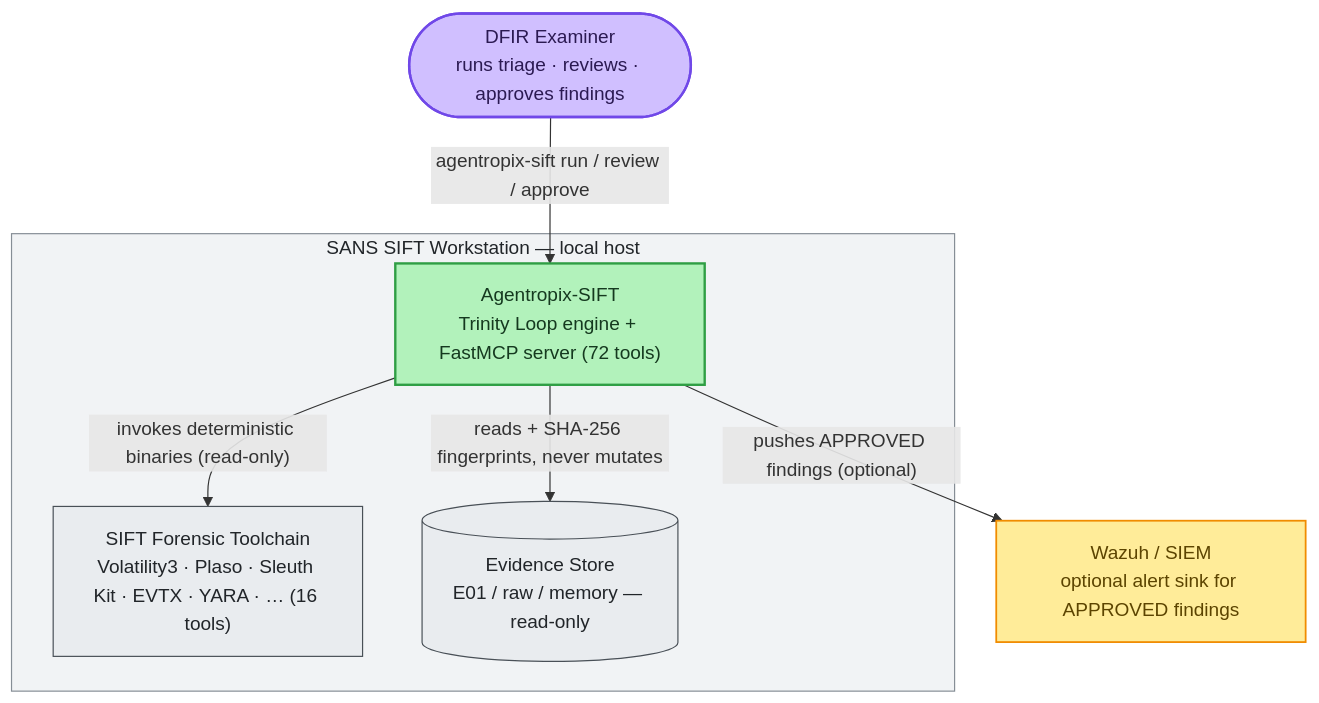
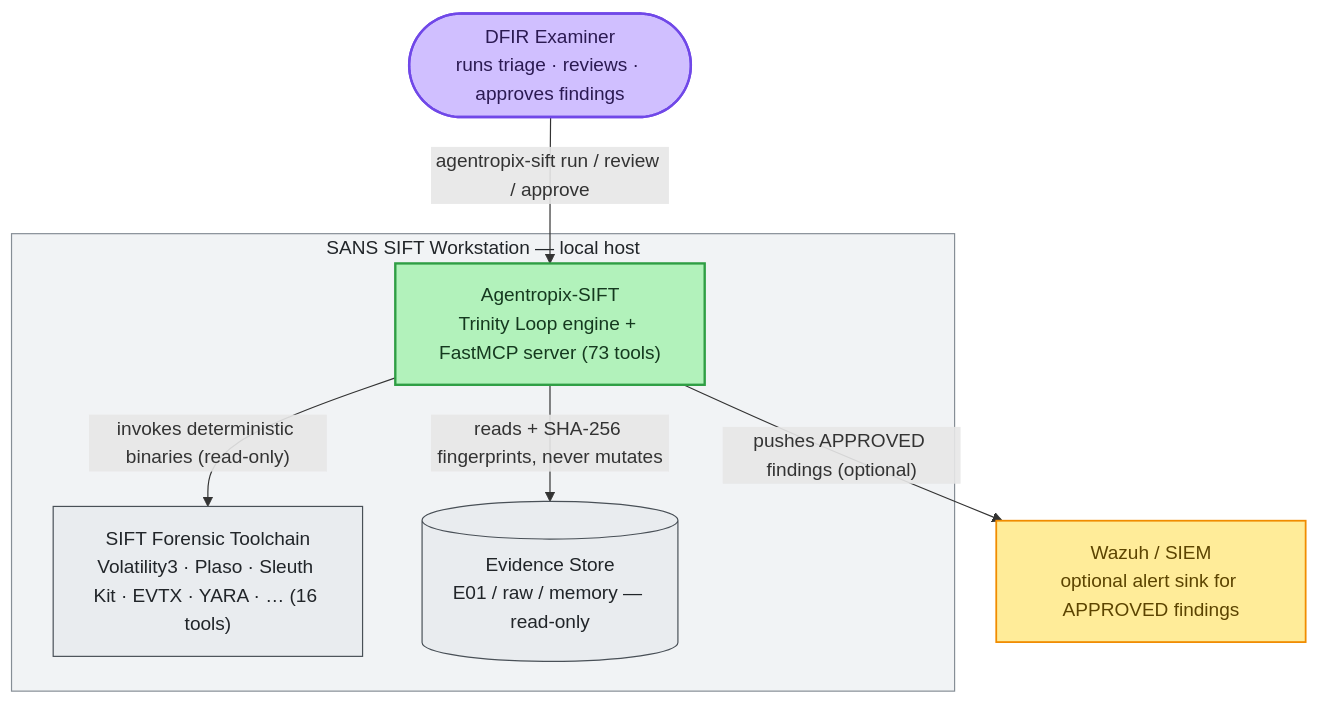
The second of 2 diagrams in README.md (galvangabriel-web/agentropix-mcp), drawn with Mermaid before and after one commit. The commit also changed other lines of this file and 80 other files, not shown here.

````diff
--- a/README.md
+++ b/README.md
@@ -366,24 +366,24 @@
 ```mermaid
 flowchart TB
     classDef actor fill:#d0bfff,stroke:#7048e8,color:#2b1a52,stroke-width:2px
     classDef core fill:#b2f2bb,stroke:#2f9e44,color:#15391f,stroke-width:2px
     classDef ext fill:#e9ecef,stroke:#495057,color:#212529,stroke-width:1px
     classDef sink fill:#ffec99,stroke:#f08c00,color:#5c4400,stroke-width:1.5px
 
     Examiner(["DFIR Examiner<br/>runs triage · reviews · approves findings"]):::actor
 
     subgraph Host["SANS SIFT Workstation — local host"]
-        Agentropix["Agentropix-SIFT<br/>Trinity Loop engine + FastMCP server (72 tools)"]:::core
+        Agentropix["Agentropix-SIFT<br/>Trinity Loop engine + FastMCP server (73 tools)"]:::core
         Toolchain["SIFT Forensic Toolchain<br/>Volatility3 · Plaso · Sleuth Kit · EVTX · YARA · … (16 tools)"]:::ext
         Evidence[("Evidence Store<br/>E01 / raw / memory — read-only")]:::ext
     end
 
     Wazuh["Wazuh / SIEM<br/>optional alert sink for APPROVED findings"]:::sink
 
     Examiner -->|"agentropix-sift run / review / approve"| Agentropix
     Agentropix -->|"invokes deterministic binaries (read-only)"| Toolchain
     Agentropix -->|"reads + SHA-256 fingerprints, never mutates"| Evidence
     Agentropix -->|"pushes APPROVED findings (optional)"| Wazuh
 
     style Host fill:#f1f3f5,stroke:#868e96,color:#212529
 ```
````
